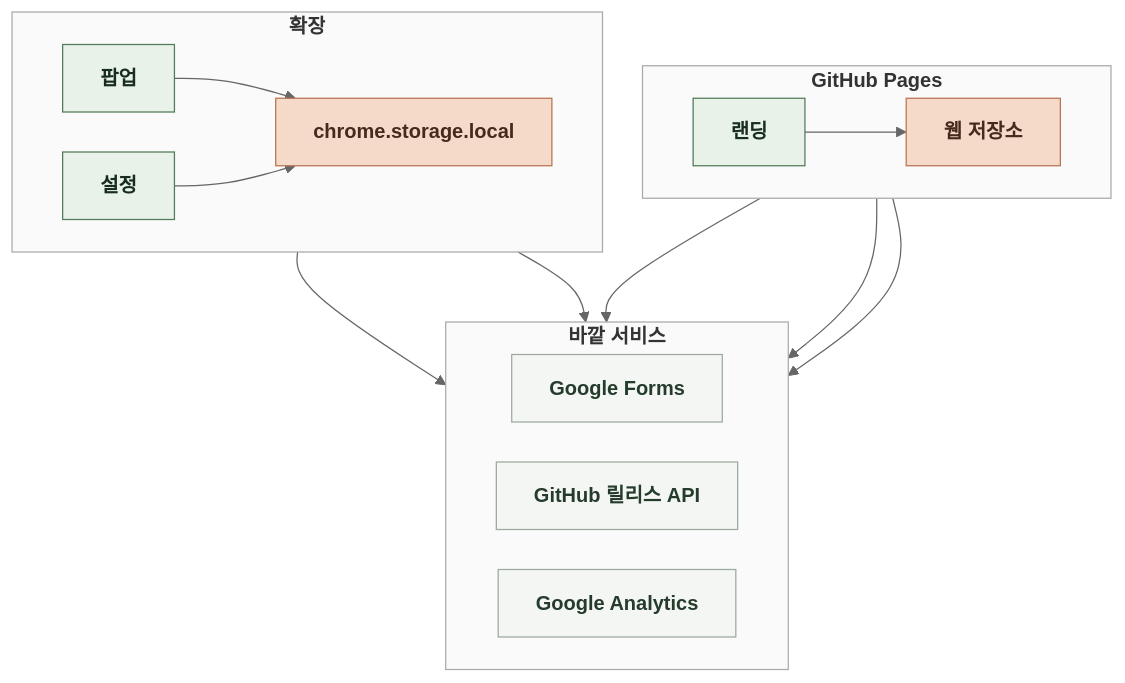
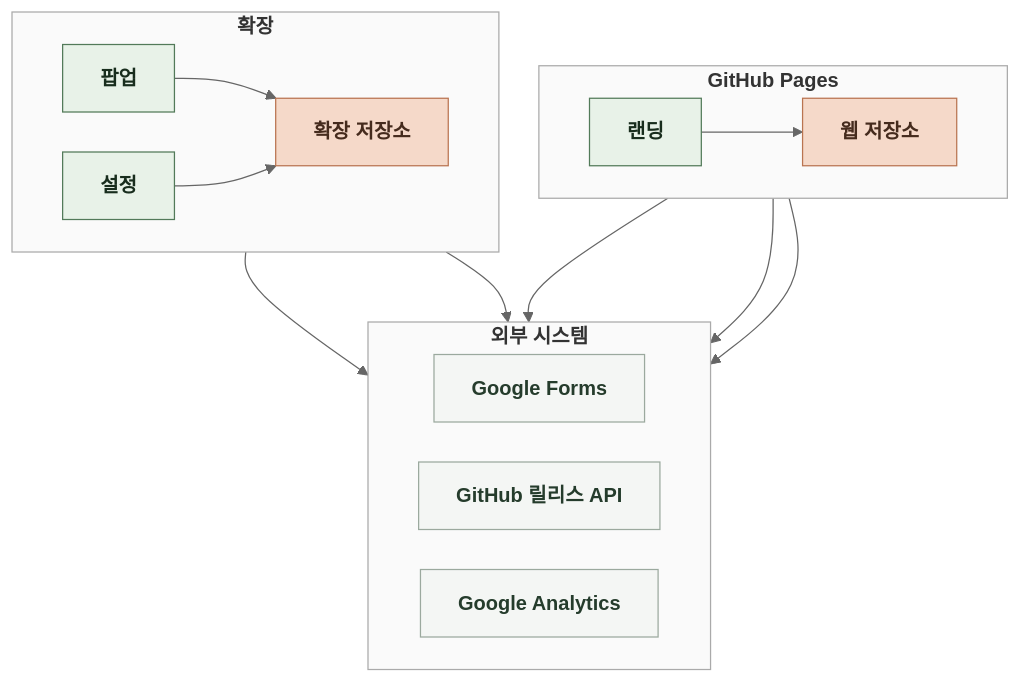
Before and after one commit to kangkyunghyun/LinKHU: the first of 2 diagrams in docs/spec/4-4-SOFTWARE-ARCHITECTURE.md, drawn with Mermaid (neutral theme). The commit also changed other lines of this file and 23 other files, not shown here.

````diff
--- a/docs/spec/4-4-SOFTWARE-ARCHITECTURE.md
+++ b/docs/spec/4-4-SOFTWARE-ARCHITECTURE.md
@@ -27,38 +27,38 @@
 ```mermaid
 %%{init: {"flowchart": {"curve": "basis", "nodeSpacing": 32, "rankSpacing": 56}}}%%
 flowchart TB
     subgraph EX["`**확장**`"]
         direction LR
         P["`**팝업**`"]
         O["`**설정**`"]
-        CS["`**chrome.storage.local**`"]
+        CS["`**확장 저장소**`"]
     end
     subgraph PG["`**GitHub Pages**`"]
         direction LR
         L["`**랜딩**`"]
         WS["`**웹 저장소**`"]
     end
-    subgraph OUT["`**바깥 서비스**`"]
+    subgraph OUT["`**외부 시스템**`"]
         direction LR
         GF["`**Google Forms**`"]
         GH["`**GitHub 릴리스 API**`"]
         GA["`**Google Analytics**`"]
     end
     P --> CS
     O --> CS
     L --> WS
     EX --> GF
     EX --> GH
     PG --> GF
     PG --> GH
     PG --> GA
     classDef comp fill:#E8F2E8,stroke:#527A59,color:#182D1D
     classDef store fill:#F5D9C9,stroke:#B97450,color:#452B1D
     classDef ext fill:#F4F6F4,stroke:#9BA99E,color:#253C2C
     class P,O,L comp
     class CS,WS store
     class GH,GF,GA ext
     style EX fill:#FAFAFA,stroke:#AAAAAA
     style PG fill:#FAFAFA,stroke:#AAAAAA
     style OUT fill:#FAFAFA,stroke:#AAAAAA
 ```
````
